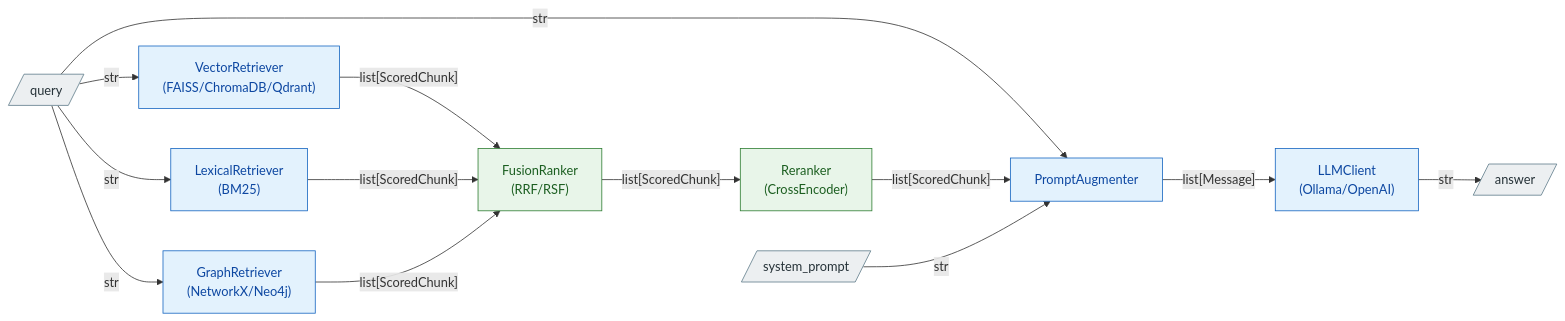
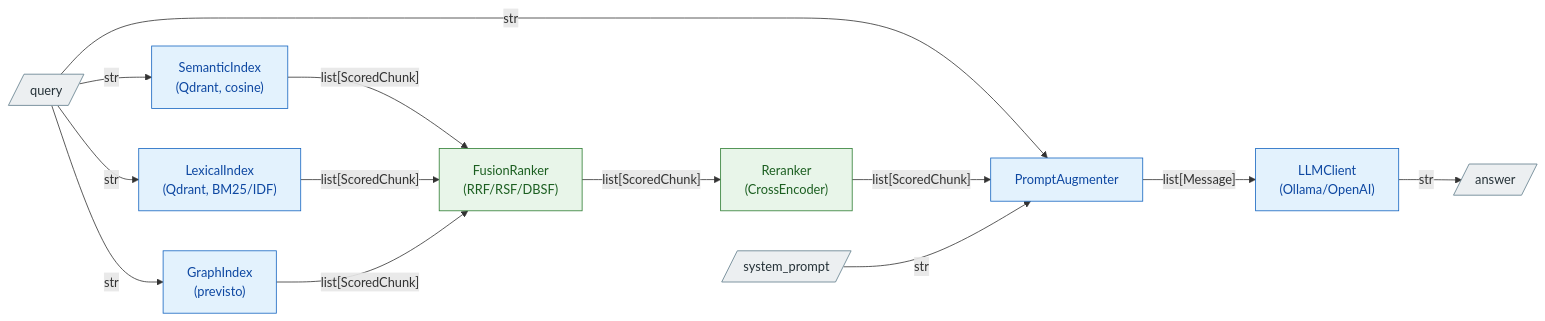
The second of 2 diagrams in docs/architecture.md (DavideFricano/autograph-rag), drawn with Mermaid before and after one commit. The commit also changed other lines of this file and 31 other files, not shown here.

Commit message:
refactor: separate lexical/semantic indexes and unify chunk store

````diff
--- a/docs/architecture.md
+++ b/docs/architecture.md
@@ -73,28 +77,28 @@
 ```mermaid
 flowchart LR
-    q[/"query"/] -->|"str"| BM["LexicalRetriever<br>(BM25)"] & VR["VectorRetriever<br>(FAISS/ChromaDB/Qdrant)"] & GR["GraphRetriever<br>(NetworkX/Neo4j)"]
+    q[/"query"/] -->|"str"| BM["LexicalIndex<br>(Qdrant, BM25/IDF)"] & VR["SemanticIndex<br>(Qdrant, cosine)"] & GR["GraphIndex<br>(previsto)"]
     q -- str --> AUG["PromptAugmenter"]
-    VR -- list[ScoredChunk] --> F["FusionRanker<br>(RRF/RSF)"]
+    VR -- list[ScoredChunk] --> F["FusionRanker<br>(RRF/RSF/DBSF)"]
     BM -- list[ScoredChunk] --> F
     GR -- list[ScoredChunk] --> F
     F -- list[ScoredChunk]<br> --> RR["Reranker<br>(CrossEncoder)"]
     RR -- list[ScoredChunk]<br> --> AUG
     AUG -- list[Message] --> LLM["LLMClient<br>(Ollama/OpenAI)"]
     LLM -- str --> ANS[/"answer"/]
     n1[/"system_prompt"/] -- str --> AUG
 
      q:::io
      BM:::step
      VR:::step
      GR:::step
      AUG:::step
      F:::rank
      RR:::rank
      LLM:::step
      ANS:::io
      n1:::io
     classDef io fill:#eceff1,stroke:#607d8b,color:#263238
     classDef step fill:#e3f2fd,stroke:#1565c0,color:#0d47a1
     classDef rank fill:#e8f5e9,stroke:#2e7d32,color:#1b5e20
     classDef db fill:#f3e5f5,stroke:#7b1fa2,color:#4a148c
 ```
````
